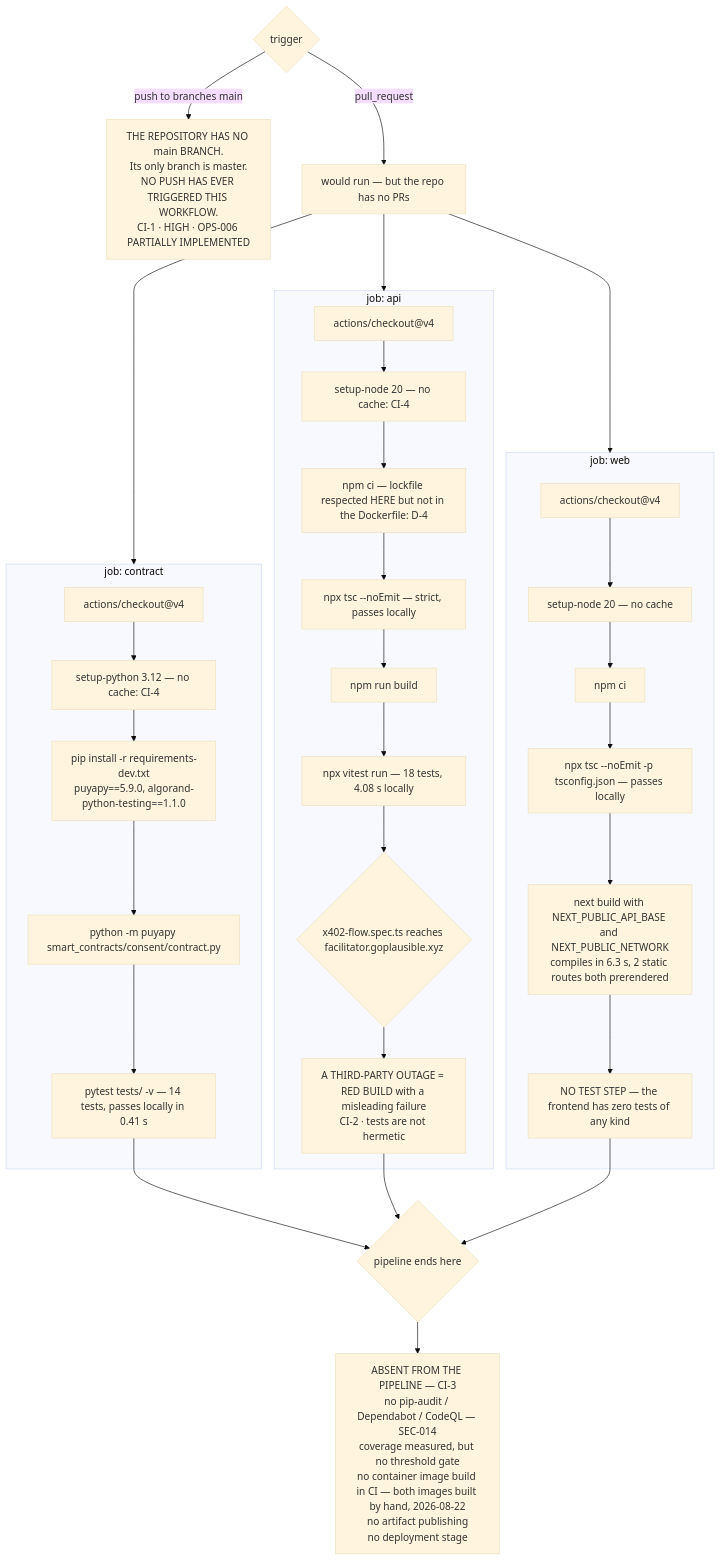
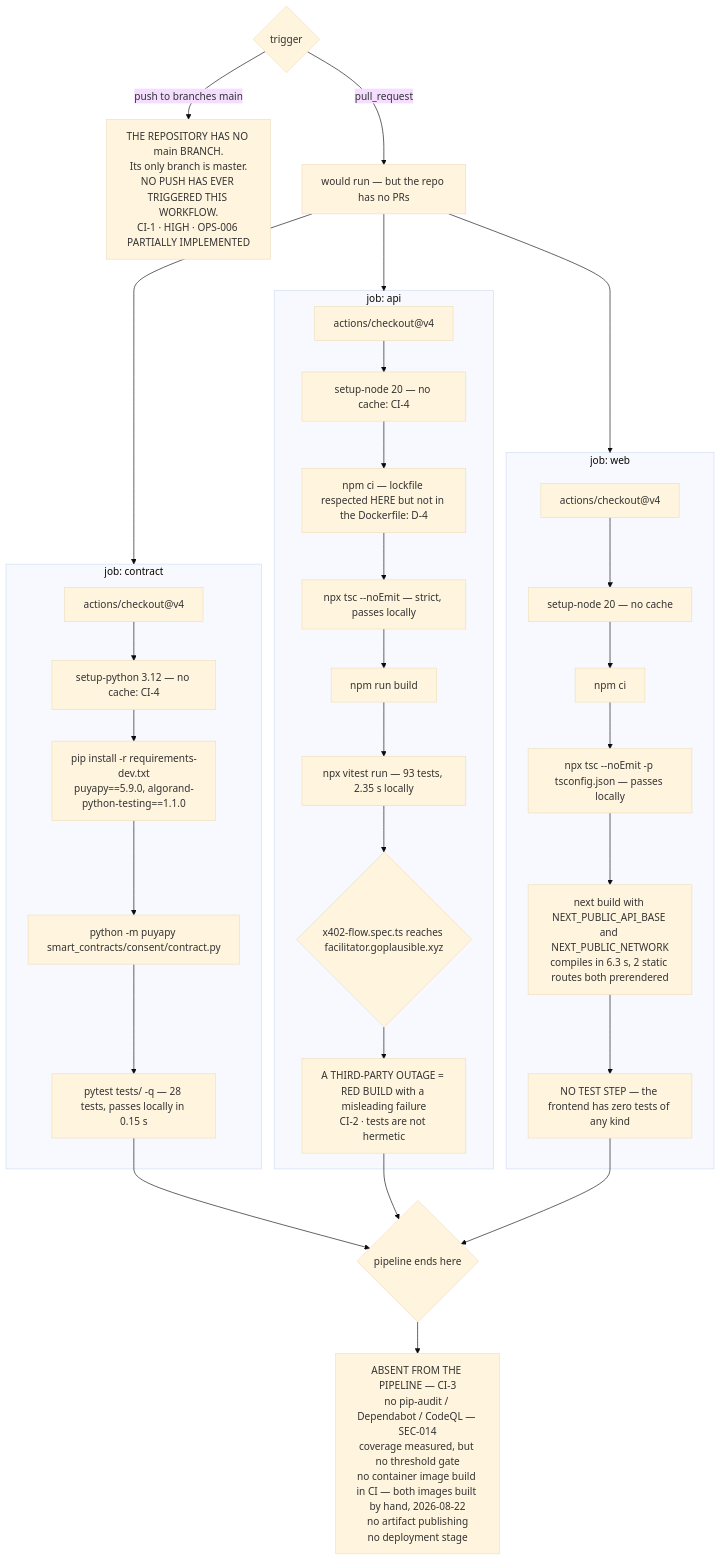
One commit to Hydra-Of-Malice/Medrail changed the fifth of 5 diagrams in docs/03_Architecture/Activity_Diagrams.md. Above: the diagram before and after it, drawn with Mermaid (base theme). The commit also changed 8 other files, not shown here.

````diff
--- a/docs/03_Architecture/Activity_Diagrams.md
+++ b/docs/03_Architecture/Activity_Diagrams.md
@@ -239,45 +239,45 @@
 ```mermaid
 flowchart TD
     TRIG{"trigger"}
     TRIG -->|"push to branches main"| DEAD["THE REPOSITORY HAS NO main BRANCH.<br/>Its only branch is master.<br/>NO PUSH HAS EVER TRIGGERED THIS WORKFLOW.<br/>CI-1 · HIGH · OPS-006 PARTIALLY IMPLEMENTED"]
     TRIG -->|"pull_request"| RUN["would run — but the repo has no PRs"]
 
     RUN --> J1 & J2 & J3
 
     subgraph J1["job: contract"]
         A1["actions/checkout@v4"]
         A2["setup-python 3.12 — no cache: CI-4"]
         A3["pip install -r requirements-dev.txt<br/>puyapy==5.9.0, algorand-python-testing==1.1.0"]
         A4["python -m puyapy smart_contracts/consent/contract.py"]
-        A5["pytest tests/ -v — 14 tests, passes locally in 0.41 s"]
+        A5["pytest tests/ -q — 28 tests, passes locally in 0.15 s"]
         A1-->A2-->A3-->A4-->A5
     end
 
     subgraph J2["job: api"]
         B1["actions/checkout@v4"]
         B2["setup-node 20 — no cache: CI-4"]
         B3["npm ci — lockfile respected HERE but not in the Dockerfile: D-4"]
         B4["npx tsc --noEmit — strict, passes locally"]
         B5["npm run build"]
-        B6["npx vitest run — 18 tests, 4.08 s locally"]
+        B6["npx vitest run — 93 tests, 2.35 s locally"]
         B7{"x402-flow.spec.ts reaches facilitator.goplausible.xyz"}
         B8["A THIRD-PARTY OUTAGE = RED BUILD with a misleading failure<br/>CI-2 · tests are not hermetic"]
         B1-->B2-->B3-->B4-->B5-->B6-->B7-->B8
     end
 
     subgraph J3["job: web"]
         C1["actions/checkout@v4"]
         C2["setup-node 20 — no cache"]
         C3["npm ci"]
         C4["npx tsc --noEmit -p tsconfig.json — passes locally"]
         C5["next build with NEXT_PUBLIC_API_BASE and NEXT_PUBLIC_NETWORK<br/>compiles in 6.3 s, 2 static routes both prerendered"]
         C6["NO TEST STEP — the frontend has zero tests of any kind"]
         C1-->C2-->C3-->C4-->C5-->C6
     end
 
     A5 --> END
     B8 --> END
     C6 --> END
     END{"pipeline ends here"}
     END --> MISSING["ABSENT FROM THE PIPELINE — CI-3<br/>no pip-audit / Dependabot / CodeQL — SEC-014<br/>coverage measured, but no threshold gate<br/>no container image build in CI — both images built by hand, 2026-08-22<br/>no artifact publishing<br/>no deployment stage"]
 ```
````
